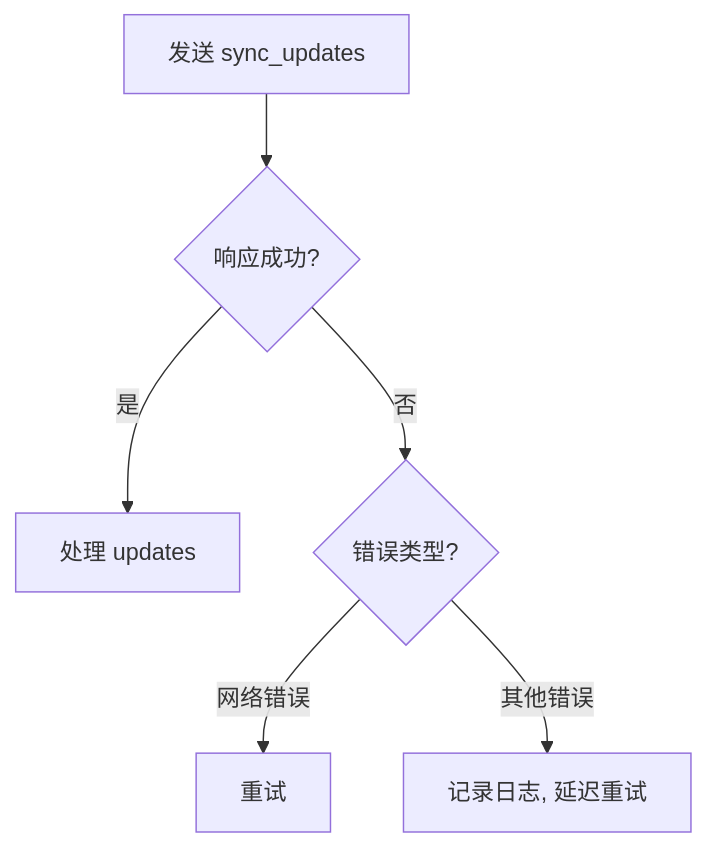
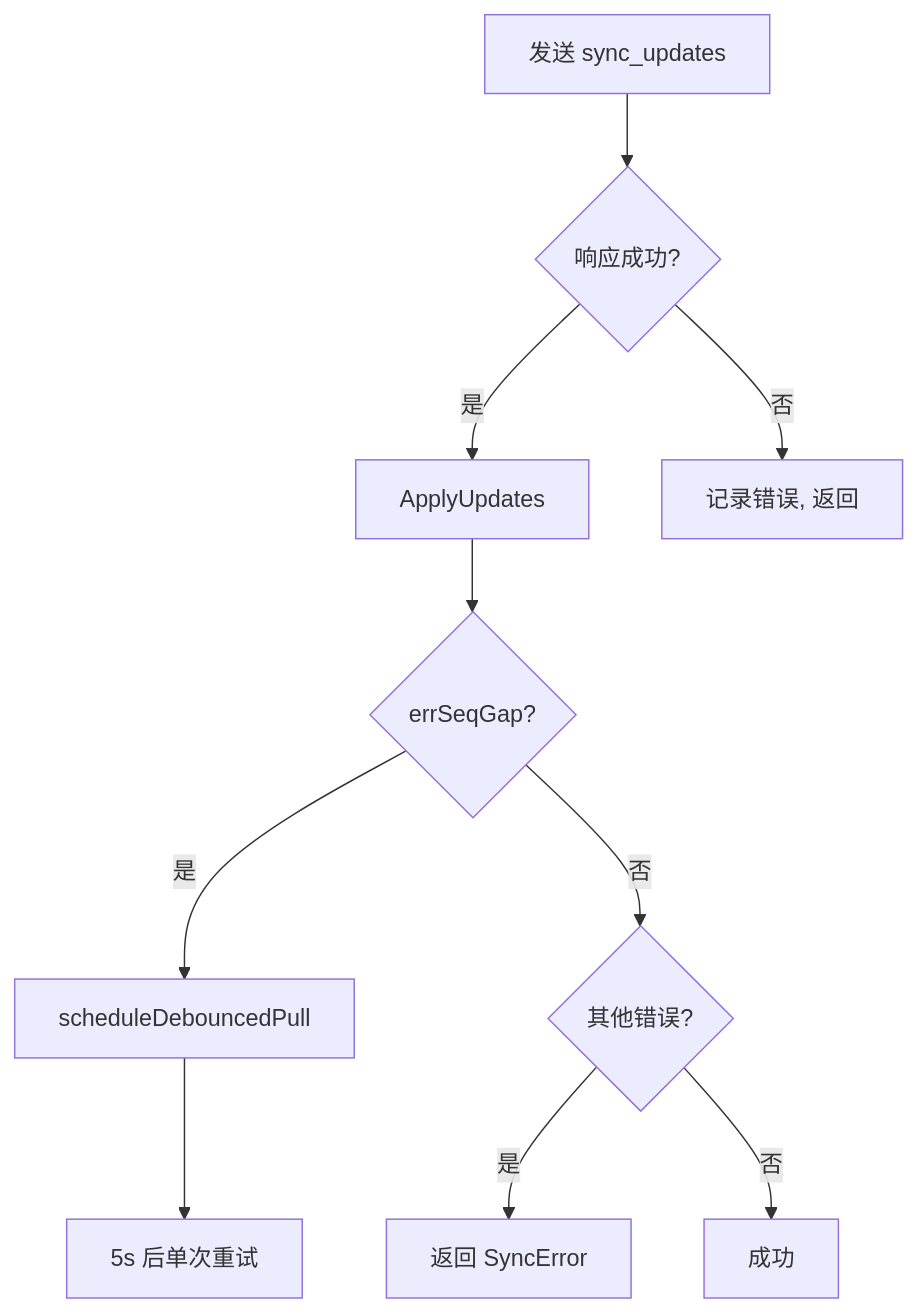
One commit to PineappleBond/xyncra-server changed the tenth of 12 diagrams in wiki/flows/sync-updates.md. Above: the diagram before and after it, drawn with Mermaid. The commit also changed other lines of this file and 21 other files, not shown here.

````diff
--- a/wiki/flows/sync-updates.md
+++ b/wiki/flows/sync-updates.md
@@ -263,8 +335,12 @@
 ```mermaid
 flowchart TD
     A[发送 sync_updates] --> B{响应成功?}
-    B -->|是| C[处理 updates]
-    B -->|否| D{错误类型?}
-    D -->|网络错误| E[重试]
-    D -->|其他错误| F[记录日志, 延迟重试]
+    B -->|是| C[ApplyUpdates]
+    B -->|否| D[记录错误, 返回]
+    C --> E{errSeqGap?}
+    E -->|是| F[scheduleDebouncedPull]
+    E -->|否| G{其他错误?}
+    G -->|是| H[返回 SyncError]
+    G -->|否| I[成功]
+    F --> J[5s 后单次重试]
 ```
````
